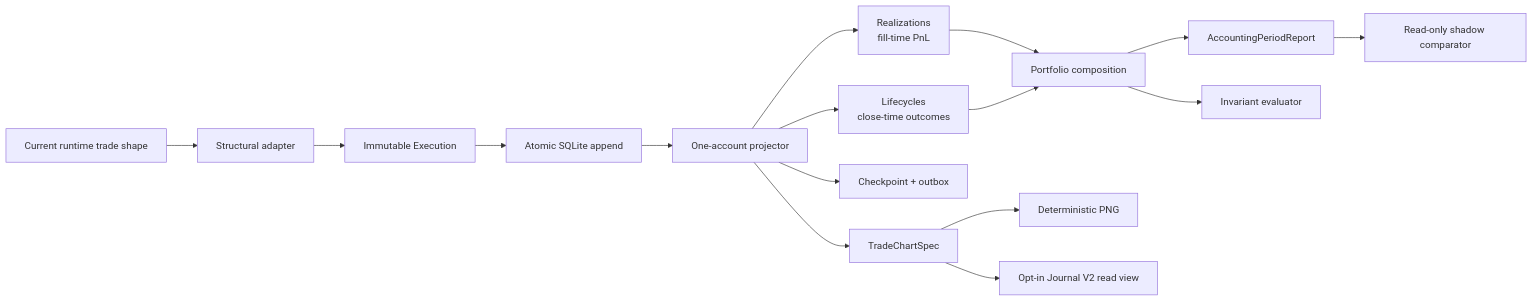
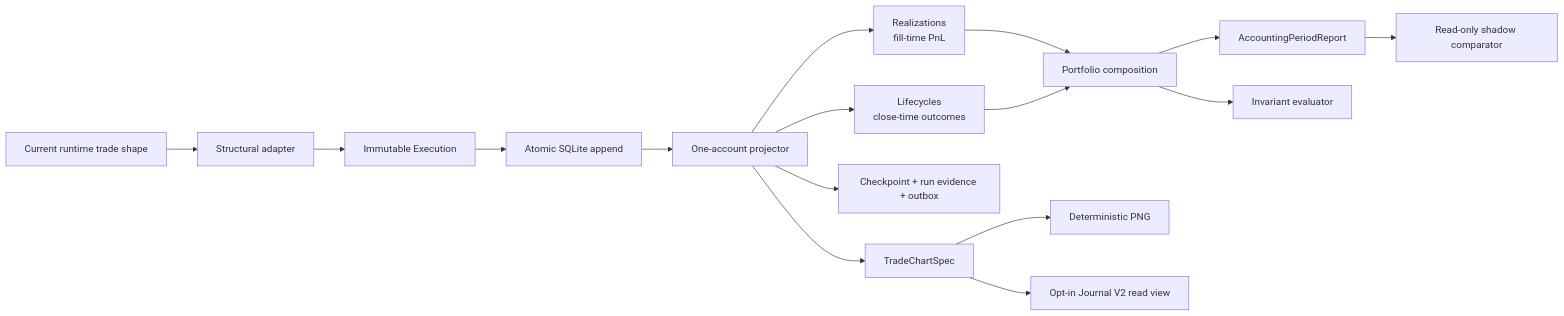
Before and after one commit to nag-31/lighter-trade-bot: the diagram in architecture_v2/docs/IMPLEMENTATION_STATUS.md, drawn with Mermaid. The commit also changed other lines of this file and 11 other files, not shown here.

````diff
--- a/architecture_v2/docs/IMPLEMENTATION_STATUS.md
+++ b/architecture_v2/docs/IMPLEMENTATION_STATUS.md
@@ -16,18 +16,18 @@
 ```mermaid
 flowchart LR
     RT["Current runtime trade shape"] --> AD["Structural adapter"]
     AD --> EX["Immutable Execution"]
     EX --> ST["Atomic SQLite append"]
     ST --> AP["One-account projector"]
     AP --> RL["Realizations<br/>fill-time PnL"]
     AP --> LC["Lifecycles<br/>close-time outcomes"]
-    AP --> CP["Checkpoint + outbox"]
+    AP --> CP["Checkpoint + run evidence + outbox"]
     RL --> PH["Portfolio composition"]
     LC --> PH
     PH --> RP["AccountingPeriodReport"]
     PH --> EV["Invariant evaluator"]
     RP --> SC["Read-only shadow comparator"]
     AP --> CS["TradeChartSpec"]
     CS --> PNG["Deterministic PNG"]
     CS --> JR["Opt-in Journal V2 read view"]
 ```
````
